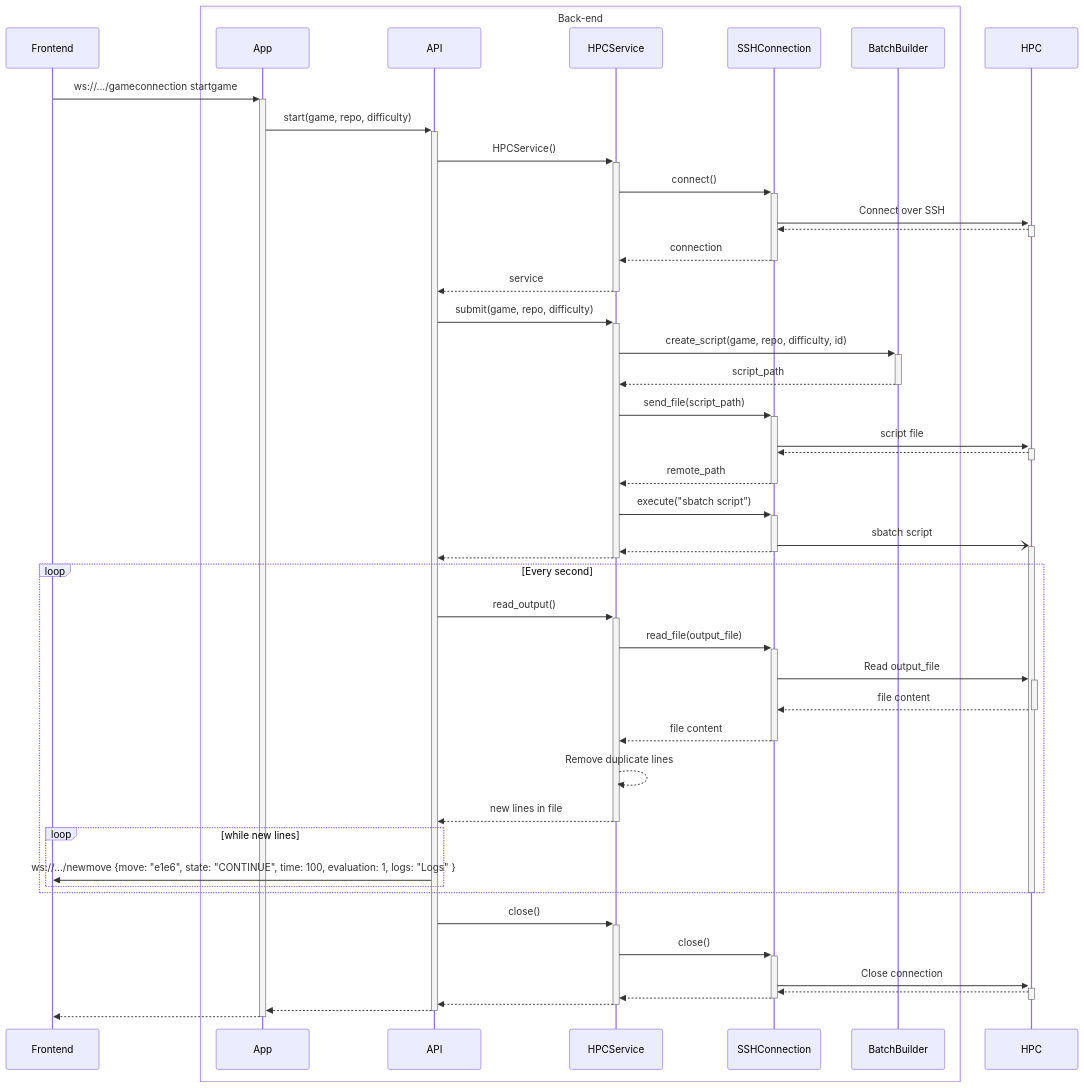
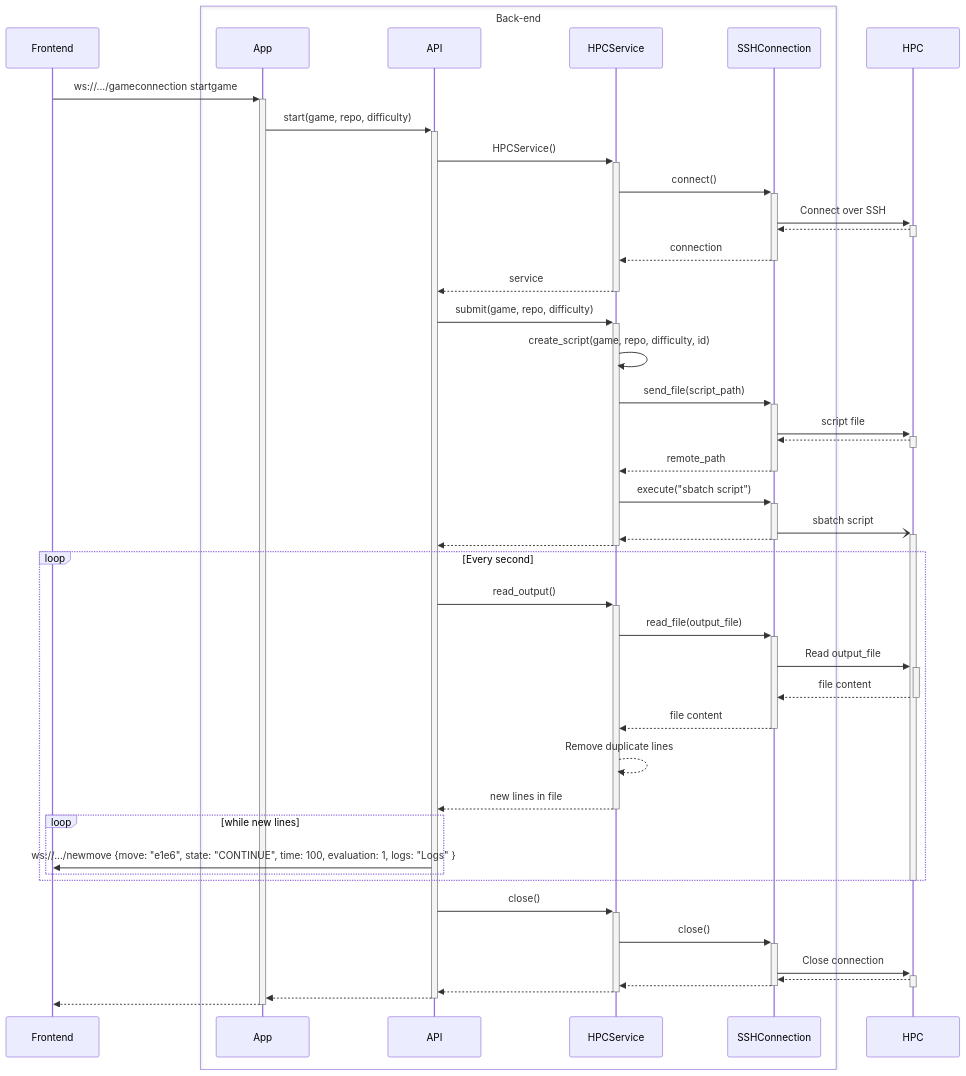
One commit to game-ai-platform-team/tira-ai-platform changed the second of 5 diagrams in docs/architecture.md. Above: the diagram before and after it, drawn with Mermaid. The commit also changed other lines of this file, not shown here.

Commit message:
docs(#111): Merge BatchBuilder into HPCService

````diff
--- a/docs/architecture.md
+++ b/docs/architecture.md
@@ -53,67 +53,65 @@
 ```mermaid
 sequenceDiagram
 
 participant Frontend
 
 box Back-end
     participant App
     participant API
     participant HPCService
     participant SSHConnection
-    participant BatchBuilder
 end
 
 Frontend ->>+ App: ws://.../gameconnection startgame
 
 App ->>+ API: start(game, repo, difficulty)
 
 API ->>+ HPCService: HPCService()
     HPCService ->>+ SSHConnection: connect()
     SSHConnection ->>+ HPC: Connect over SSH
     HPC -->>- SSHConnection: 
     SSHConnection -->>- HPCService: connection
 HPCService -->>- API: service
 
 API ->>+ HPCService: submit(game, repo, difficulty)
-    HPCService ->>+ BatchBuilder: create_script(game, repo, difficulty, id)
-    BatchBuilder -->>- HPCService: script_path
+    HPCService ->> HPCService: create_script(game, repo, difficulty, id)
 
     HPCService ->>+ SSHConnection: send_file(script_path)
         SSHConnection ->>+ HPC: script file
         HPC -->>- SSHConnection: 
     SSHConnection -->>- HPCService: remote_path
 
     HPCService ->>+ SSHConnection: execute("sbatch script")
         SSHConnection -)+ HPC: sbatch script
         
     SSHConnection -->>- HPCService: 
 HPCService -->>- API: 
 
 loop Every second
     API ->>+ HPCService: read_output()
         HPCService ->>+ SSHConnection: read_file(output_file)
         SSHConnection ->>+ HPC: Read output_file
         HPC -->>- SSHConnection: file content
         SSHConnection -->>- HPCService: file content
 
         HPCService -->> HPCService: Remove duplicate lines
 
     HPCService -->>- API: new lines in file
 
     loop while new lines
         API ->> Frontend: ws://.../newmove {move: "e1e6", state: "CONTINUE", time: 100, evaluation: 1, logs: "Logs" }
     end
 end
 
 deactivate HPC
 
 API ->>+ HPCService: close()
     HPCService ->>+ SSHConnection: close()
     SSHConnection ->>+ HPC: Close connection
     HPC -->>- SSHConnection: 
     SSHConnection -->>- HPCService: 
 HPCService -->>- API: 
 
 API -->>- App: 
 App -->>- Frontend: 
 ```
````
